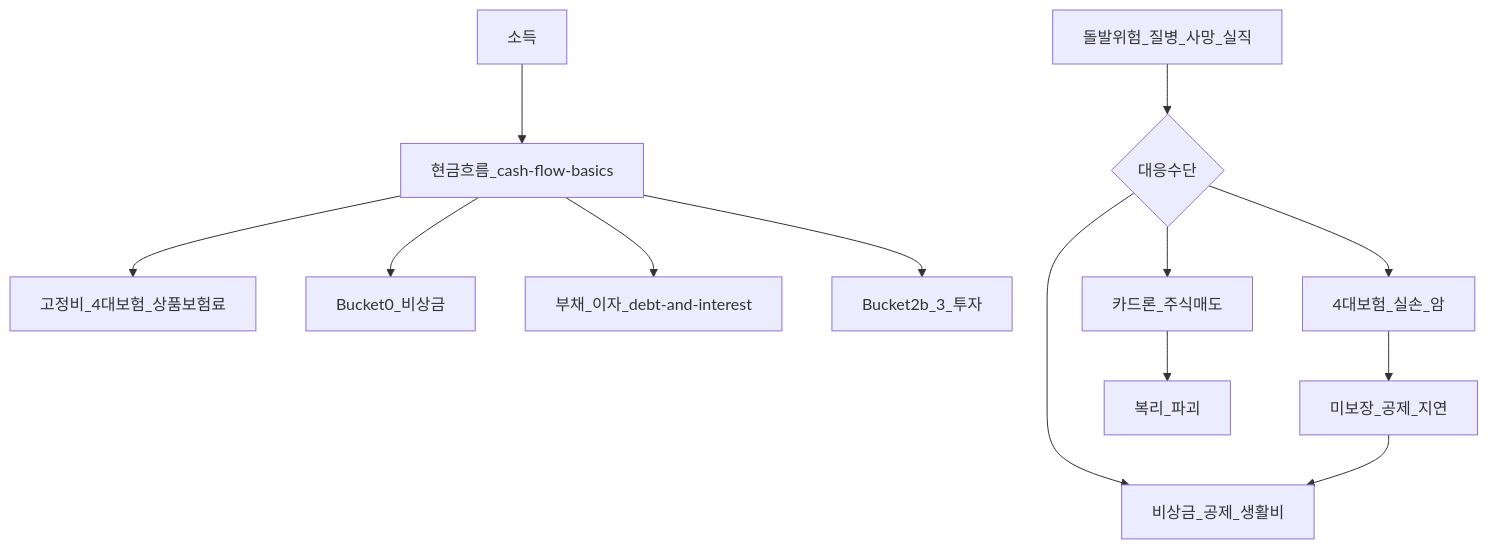
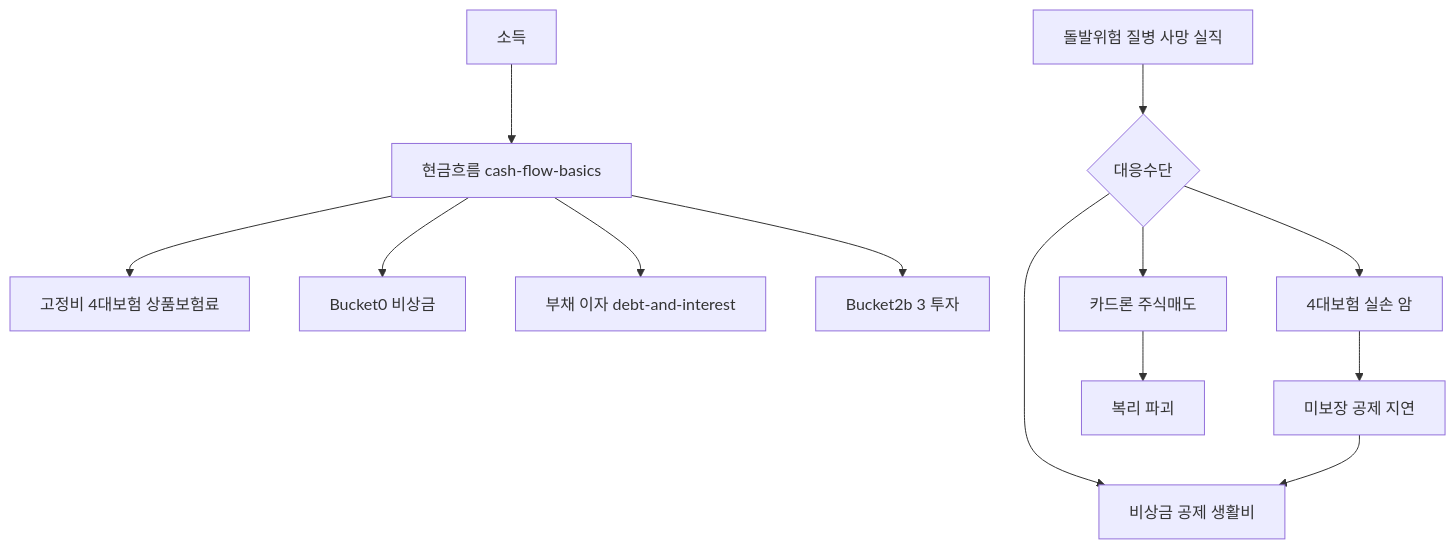
Before and after one commit to goldanghenry/Finances: the first of 3 diagrams in 01-foundations/insurance-risk-transfer.md, drawn with Mermaid. The commit also changed other lines of this file and 211 other files, not shown here.

````diff
--- a/01-foundations/insurance-risk-transfer.md
+++ b/01-foundations/insurance-risk-transfer.md
@@ -130,15 +138,15 @@
 ```mermaid
 flowchart TB
-  Income[소득] --> CF[현금흐름_cash-flow-basics]
-  CF --> Fixed[고정비_4대보험_상품보험료]
-  CF --> EF[Bucket0_비상금]
-  CF --> Debt[부채_이자_debt-and-interest]
-  CF --> Invest[Bucket2b_3_투자]
-  Risk[돌발위험_질병_사망_실직] --> Q{대응수단}
-  Q --> Public[4대보험_실손_암]
-  Q --> EF2[비상금_공제_생활비]
-  Q --> Bad[카드론_주식매도]
-  Public --> Gap[미보장_공제_지연]
+  Income[소득] --> CF["현금흐름 cash-flow-basics"]
+  CF --> Fixed["고정비 4대보험 상품보험료"]
+  CF --> EF["Bucket0 비상금"]
+  CF --> Debt["부채 이자 debt-and-interest"]
+  CF --> Invest["Bucket2b 3 투자"]
+  Risk["돌발위험 질병 사망 실직"] --> Q{대응수단}
+  Q --> Public["4대보험 실손 암"]
+  Q --> EF2["비상금 공제 생활비"]
+  Q --> Bad["카드론 주식매도"]
+  Public --> Gap["미보장 공제 지연"]
   Gap --> EF2
-  Bad --> Break[복리_파괴]
+  Bad --> Break["복리 파괴"]
 ```
````
